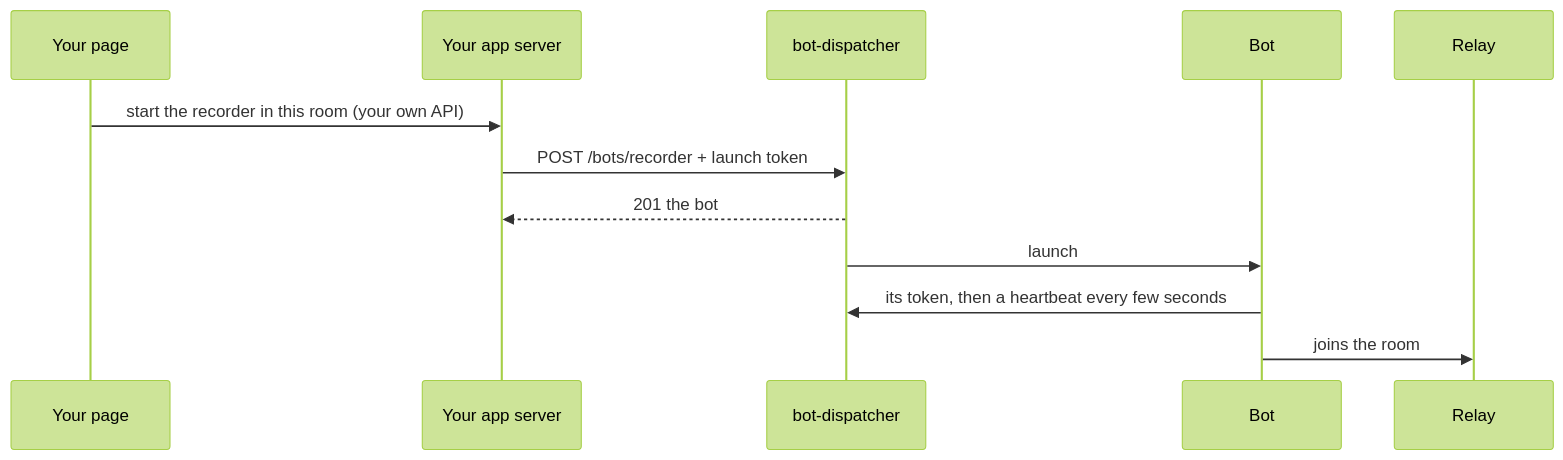
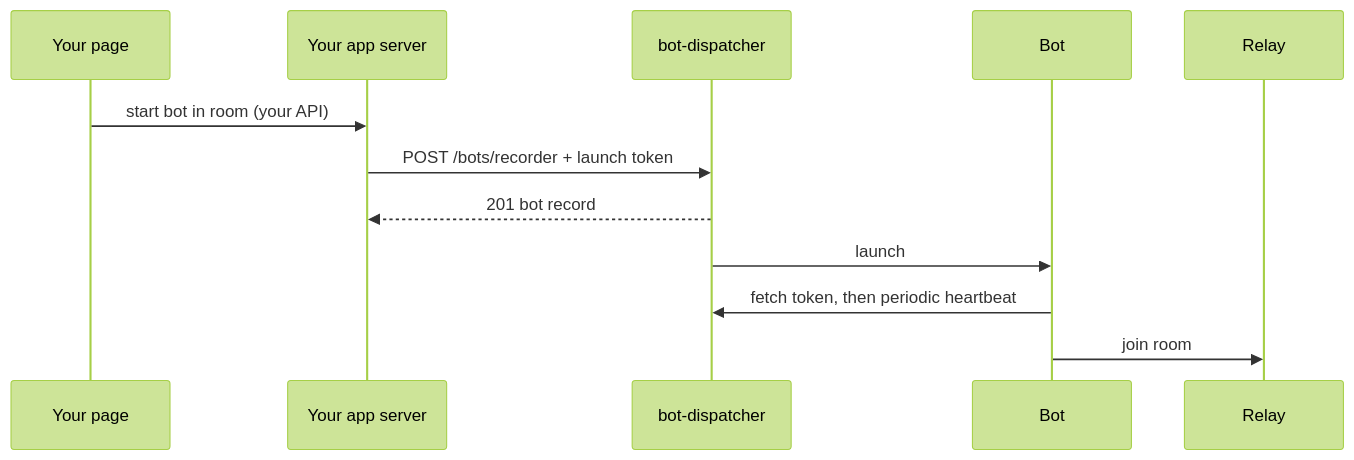
The diagram in services/bot-dispatcher/README.md (nttcom/moq-wasm), drawn with Mermaid (forest theme) before and after one commit. The commit also changed other lines of this file and 57 other files, not shown here.

````diff
--- a/services/bot-dispatcher/README.md
+++ b/services/bot-dispatcher/README.md
@@ -12,14 +9,14 @@
 ```mermaid
 sequenceDiagram
     participant P as Your page
     participant S as Your app server
     participant D as bot-dispatcher
     participant B as Bot
     participant R as Relay
-    P->>S: start the recorder in this room (your own API)
+    P->>S: start bot in room (your API)
     S->>D: POST /bots/recorder + launch token
-    D-->>S: 201 the bot
+    D-->>S: 201 bot record
     D->>B: launch
-    B->>D: its token, then a heartbeat every few seconds
-    B->>R: joins the room
+    B->>D: fetch token, then periodic heartbeat
+    B->>R: join room
 ```
````
